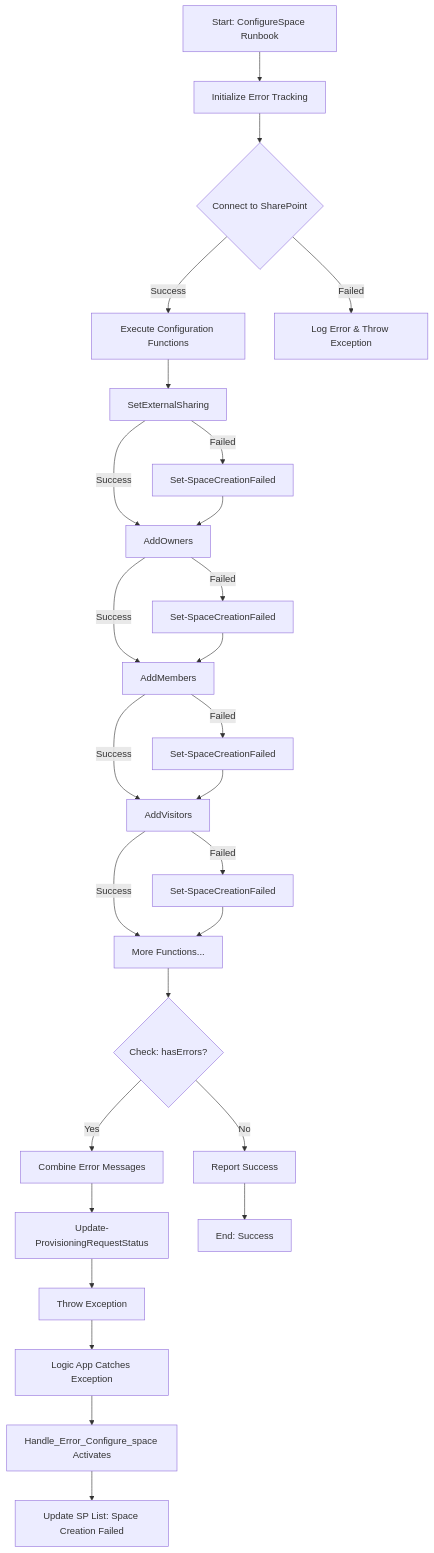
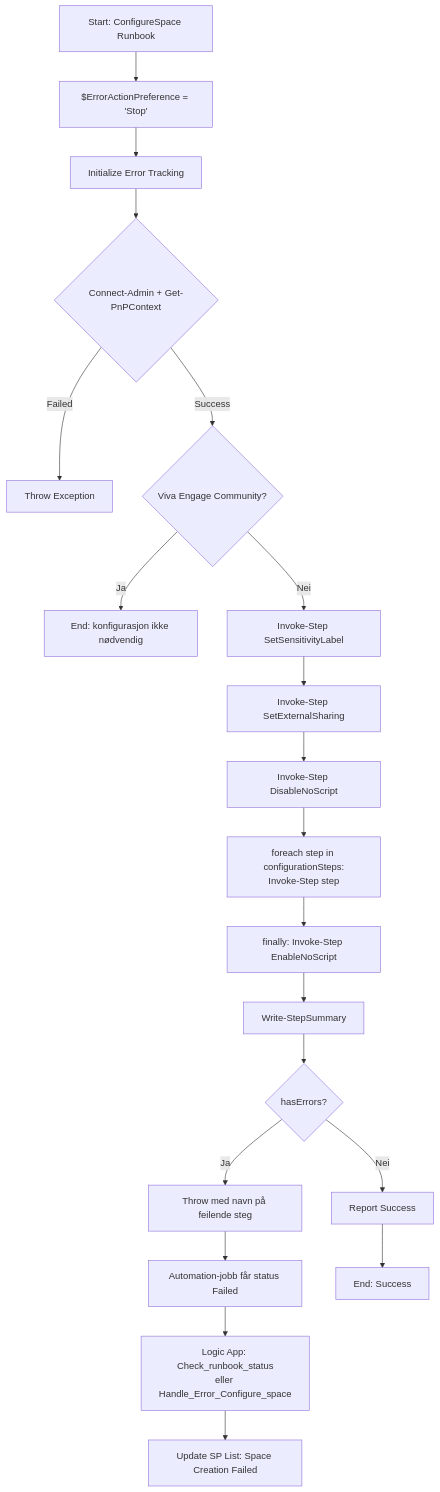
The second of 3 diagrams in Images/error-handling-flow.md (Puzzlepart/bestillingsportalen), drawn with Mermaid before and after one commit. The commit also changed other lines of this file and 7 other files, not shown here.

````diff
--- a/Images/error-handling-flow.md
+++ b/Images/error-handling-flow.md
@@ -64,36 +71,27 @@
 ```mermaid
 graph TD
-    A[Start: ConfigureSpace Runbook] --> B[Initialize Error Tracking]
-    B --> C{Connect to SharePoint}
-    C -->|Success| D[Execute Configuration Functions]
-    C -->|Failed| E[Log Error & Throw Exception]
-    
-    D --> F[SetExternalSharing]
-    F -->|Success| G[AddOwners]
-    F -->|Failed| F1[Set-SpaceCreationFailed]
-    F1 --> G
-    
-    G -->|Success| H[AddMembers]
-    G -->|Failed| G1[Set-SpaceCreationFailed]
-    G1 --> H
-    
-    H -->|Success| I[AddVisitors]
-    H -->|Failed| H1[Set-SpaceCreationFailed]
-    H1 --> I
-    
-    I -->|Success| J[More Functions...]
-    I -->|Failed| I1[Set-SpaceCreationFailed]
-    I1 --> J
-    
-    J --> K{Check: hasErrors?}
-    K -->|Yes| L[Combine Error Messages]
-    K -->|No| M[Report Success]
-    
-    L --> N[Update-ProvisioningRequestStatus]
-    N --> O[Throw Exception]
-    O --> P[Logic App Catches Exception]
-    P --> Q[Handle_Error_Configure_space Activates]
+    A[Start: ConfigureSpace Runbook] --> A2["$ErrorActionPreference = 'Stop'"]
+    A2 --> B[Initialize Error Tracking]
+    B --> C{Connect-Admin + Get-PnPContext}
+    C -->|Failed| E[Throw Exception]
+    C -->|Success| VE{Viva Engage Community?}
+    VE -->|Ja| S[End: konfigurasjon ikke nødvendig]
+
+    VE -->|Nei| CL[Invoke-Step SetSensitivityLabel]
+    CL --> CE[Invoke-Step SetExternalSharing]
+    CE --> NS[Invoke-Step DisableNoScript]
+
+    NS --> D["foreach step in configurationSteps:<br/>Invoke-Step step"]
+    D --> FIN["finally: Invoke-Step EnableNoScript"]
+    FIN --> SUM[Write-StepSummary]
+
+    SUM --> K{hasErrors?}
+    K -->|Nei| M[Report Success]
+    K -->|Ja| L[Throw med navn på feilende steg]
+
+    L --> P[Automation-jobb får status Failed]
+    P --> Q[Logic App: Check_runbook_status<br/>eller Handle_Error_Configure_space]
     Q --> R[Update SP List: Space Creation Failed]
-    
-    M --> S[End: Success]
+
+    M --> S2[End: Success]
 ```
````
